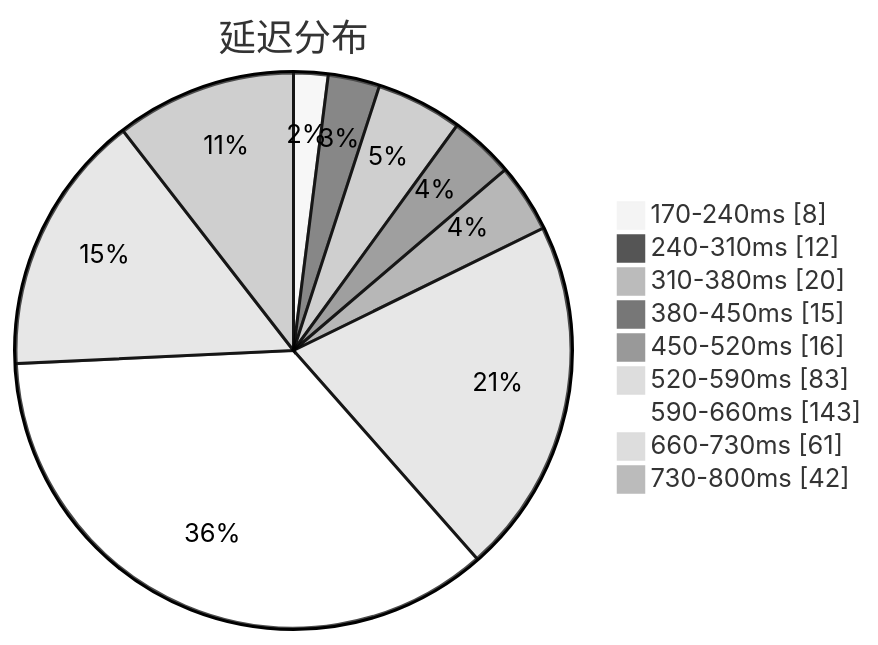
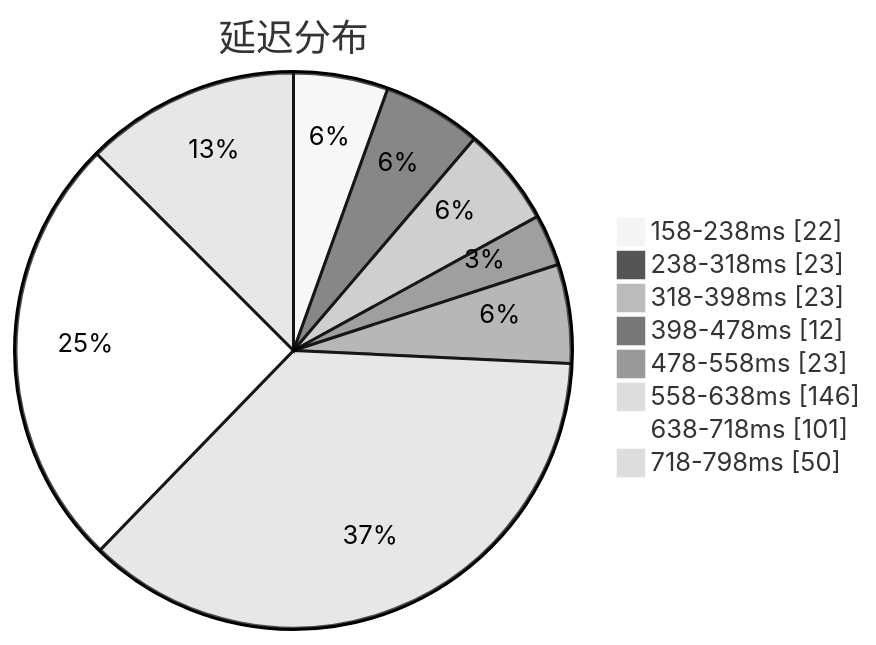
One commit to qjlxg/airport changed the first of 3 diagrams in subs/statistics/tested_within.md. Above: the diagram before and after it, drawn with Mermaid (neutral theme). The commit also changed other lines of this file and 2 other files, not shown here.

Commit message:
Tested by metaST

````diff
--- a/subs/statistics/tested_within.md
+++ b/subs/statistics/tested_within.md
@@ -2,13 +2,12 @@
 ```mermaid
 pie showData
 title 延迟分布
-"170-240ms" : 8
-"240-310ms" : 12
-"310-380ms" : 20
-"380-450ms" : 15
-"450-520ms" : 16
-"520-590ms" : 83
-"590-660ms" : 143
-"660-730ms" : 61
-"730-800ms" : 42
+"158-238ms" : 22
+"238-318ms" : 23
+"318-398ms" : 23
+"398-478ms" : 12
+"478-558ms" : 23
+"558-638ms" : 146
+"638-718ms" : 101
+"718-798ms" : 50
 ```
````
